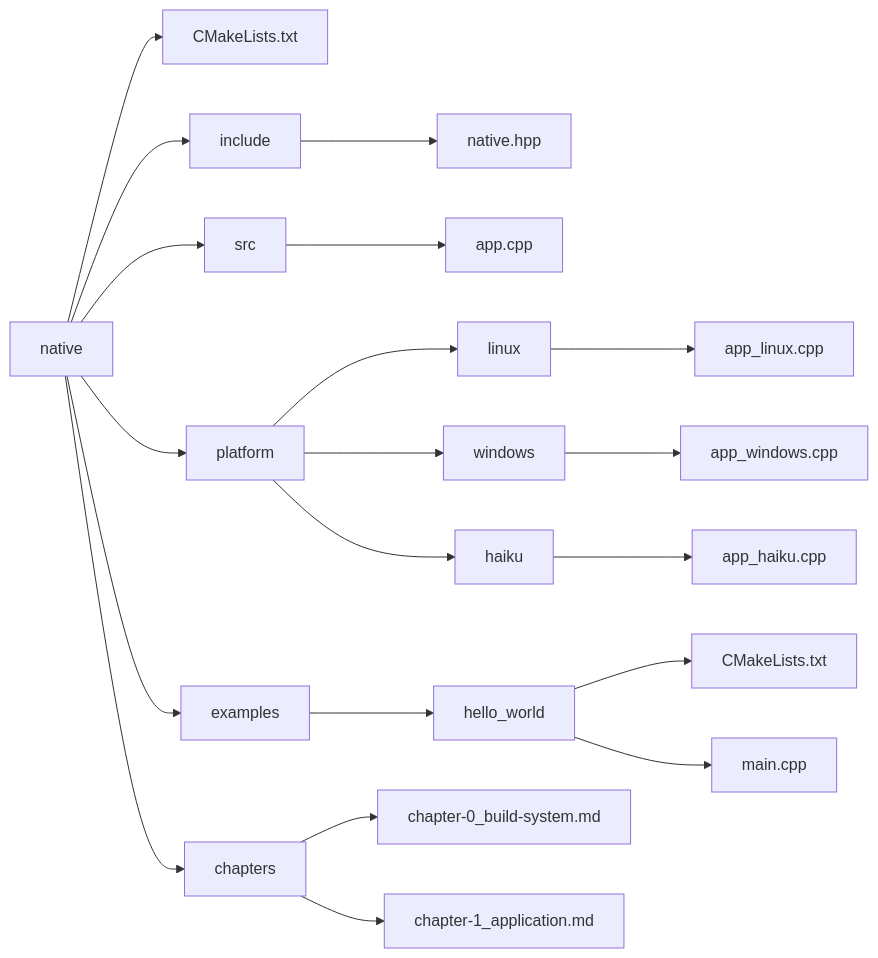
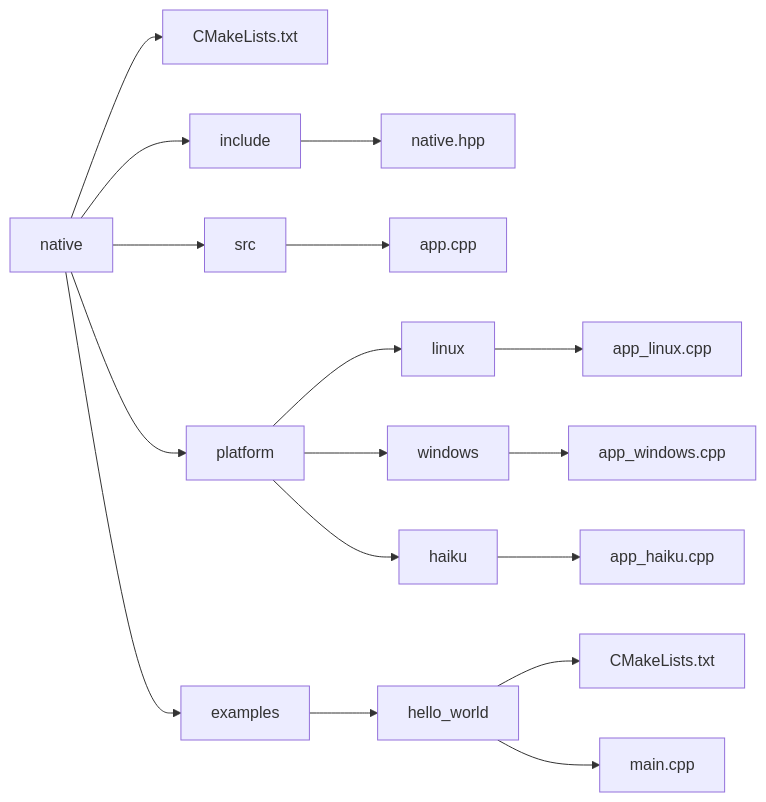
One commit to wischner/native changed the diagram in docs/chapter-0_build-system.md. Above: the diagram before and after it, drawn with Mermaid.

````diff
--- a/docs/chapter-0_build-system.md
+++ b/docs/chapter-0_build-system.md
@@ -27,23 +27,20 @@
 ```mermaid
 graph LR
     native
     native --> CMakeLists[CMakeLists.txt]
     native --> include
     include --> native_hpp[native.hpp]
     native --> src
     src --> app_cpp[app.cpp]
     native --> platform
     platform --> linux
     linux --> app_linux[app_linux.cpp]
     platform --> windows
     windows --> app_windows[app_windows.cpp]
     platform --> haiku
     haiku --> app_haiku[app_haiku.cpp]
     native --> examples
     examples --> hello_world
     hello_world --> example_cmake[CMakeLists.txt]
     hello_world --> example_main[main.cpp]
-    native --> chapters
-    chapters --> chapter0[chapter-0_build-system.md]
-    chapters --> chapter1[chapter-1_application.md]
 ```
````
